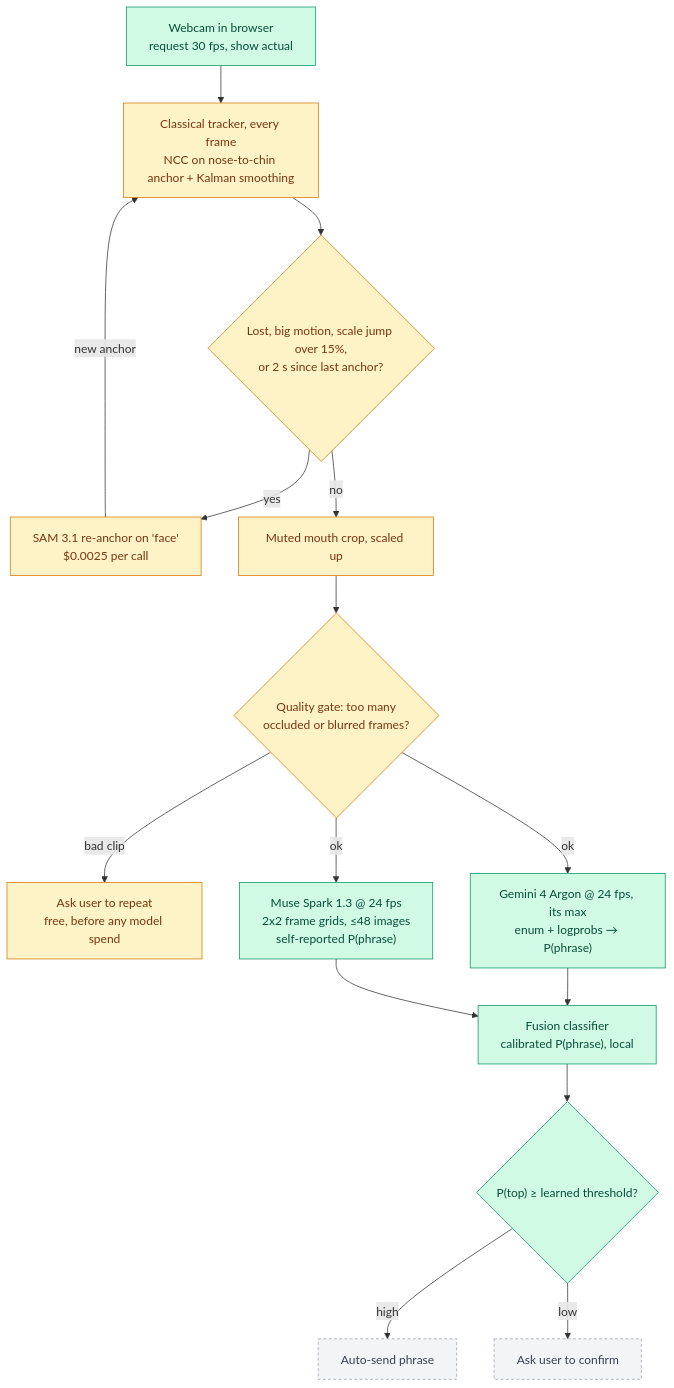
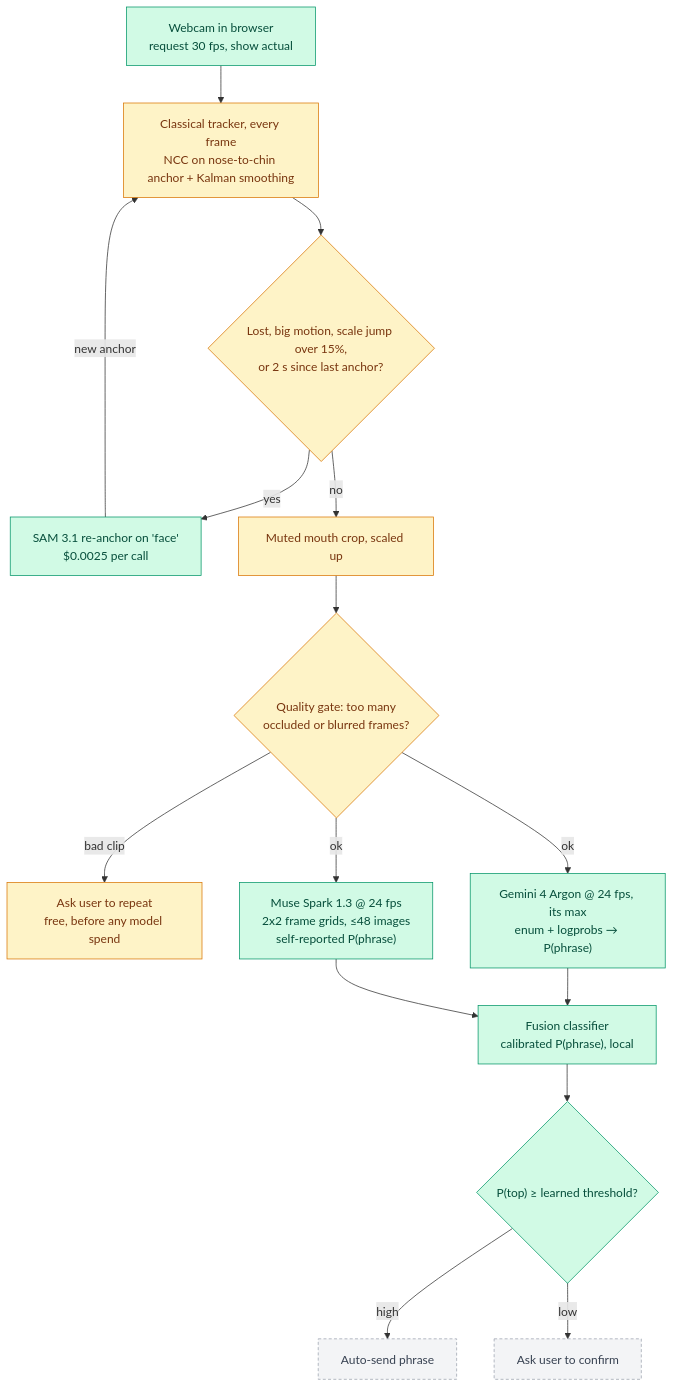
One commit to Darijan-Ducic/badge-machine changed the first of 2 diagrams in docs/pipeline.md. Above: the diagram before and after it, drawn with Mermaid. The commit also changed other lines of this file and 1 other file, not shown here.

````diff
--- a/docs/pipeline.md
+++ b/docs/pipeline.md
@@ -7,32 +7,32 @@
 ```mermaid
 flowchart TD
   CAM["Webcam in browser<br/>request 30 fps, show actual"]
   TRK["Classical tracker, every frame<br/>NCC on nose-to-chin anchor + Kalman smoothing"]
   TRIG{"Lost, big motion, scale jump over 15%,<br/>or 2 s since last anchor?"}
   SAM["SAM 3.1 re-anchor on 'face'<br/>$0.0025 per call"]
   CROP["Muted mouth crop, scaled up"]
   QG{"Quality gate: too many<br/>occluded or blurred frames?"}
   REPEAT["Ask user to repeat<br/>free, before any model spend"]
   GEM["Gemini 4 Argon @ 24 fps, its max<br/>enum + logprobs → P(phrase)"]
   MUSE["Muse Spark 1.3 @ 24 fps<br/>2x2 frame grids, ≤48 images<br/>self-reported P(phrase)"]
   FUSE["Fusion classifier<br/>calibrated P(phrase), local"]
   GATE{"P(top) ≥ learned threshold?"}
   SEND["Auto-send phrase"]
   CONFIRM["Ask user to confirm"]
 
   CAM --> TRK --> TRIG
   TRIG -- yes --> SAM -- new anchor --> TRK
   TRIG -- no --> CROP --> QG
   QG -- bad clip --> REPEAT
   QG -- ok --> GEM & MUSE
   GEM & MUSE --> FUSE --> GATE
   GATE -- high --> SEND
   GATE -- low --> CONFIRM
 
   classDef built fill:#d1fae5,stroke:#059669,color:#064e3b
   classDef building fill:#fef3c7,stroke:#d97706,color:#78350f
   classDef planned fill:#f3f4f6,stroke:#9ca3af,color:#374151,stroke-dasharray:4 3
-  class CAM,GEM,MUSE,FUSE,GATE built
-  class TRK,TRIG,SAM,CROP,QG,REPEAT building
+  class CAM,GEM,MUSE,FUSE,GATE,SAM built
+  class TRK,TRIG,CROP,QG,REPEAT building
   class SEND,CONFIRM planned
 ```
````
